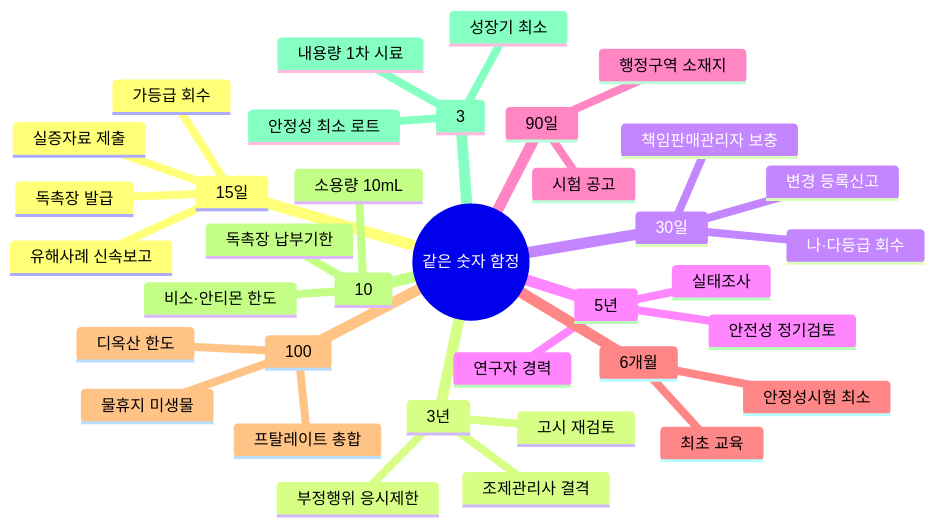
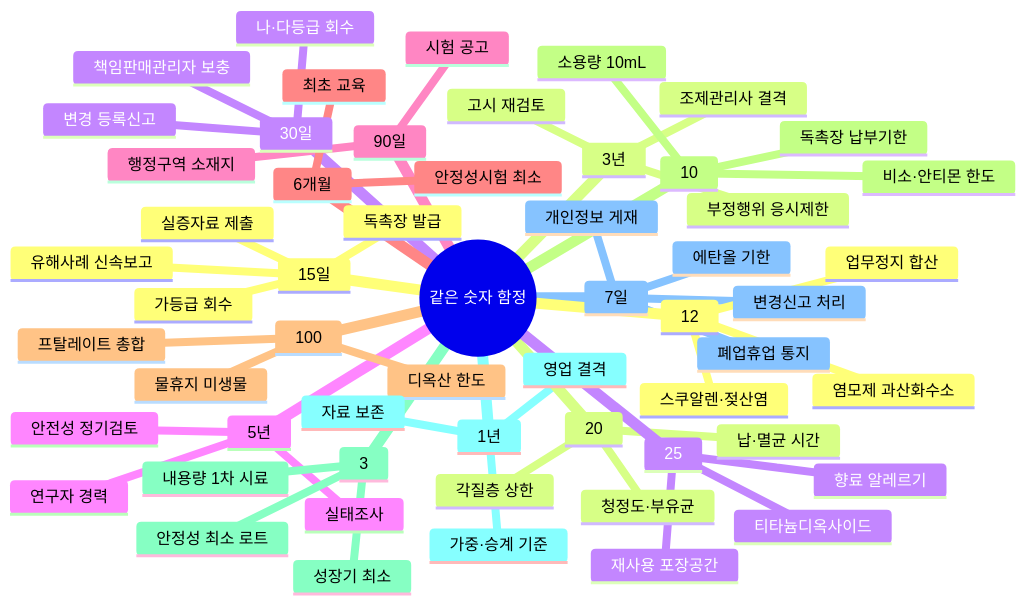
Before and after one commit to skygoldlee-cyber/Personalized_Skincare: the seventh of 7 diagrams in content/두음법_암기_총정리.md, drawn with Mermaid. The commit also changed other lines of this file and 5 other files, not shown here.

````diff
--- a/content/두음법_암기_총정리.md
+++ b/content/두음법_암기_총정리.md
@@ -635,39 +638,60 @@
 ```mermaid
 mindmap
  root((같은 숫자 함정))
   15일
    유해사례 신속보고
    실증자료 제출
    독촉장 발급
    가등급 회수
   3년
    조제관리사 결격
    부정행위 응시제한
    고시 재검토
   30일
    변경 등록신고
    나·다등급 회수
    책임판매관리자 보충
   5년
    안전성 정기검토
    실태조사
    연구자 경력
   90일
    행정구역 소재지
    시험 공고
   6개월
    최초 교육
    안정성시험 최소
   100
    물휴지 미생물
    디옥산 한도
    프탈레이트 총합
   10
    비소·안티몬 한도
    독촉장 납부기한
    소용량 10mL
   3
    내용량 1차 시료
    안정성 최소 로트
    성장기 최소
+  1년
+   영업 결격
+   자료 보존
+   가중·승계 기준
+  7일
+   폐업휴업 통지
+   변경신고 처리
+   개인정보 게재
+   에탄올 기한
+  12
+   업무정지 합산
+   염모제 과산화수소
+   스쿠알렌·젖산염
+  20
+   청정도·부유균
+   납·멸균 시간
+   각질층 상한
+  25
+   향료 알레르기
+   재사용 포장공간
+   티타늄디옥사이드
 ```
````
